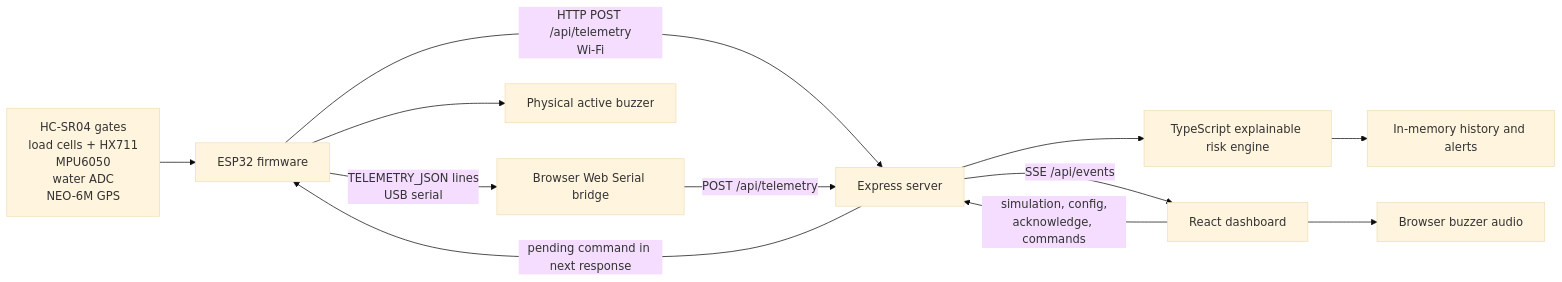
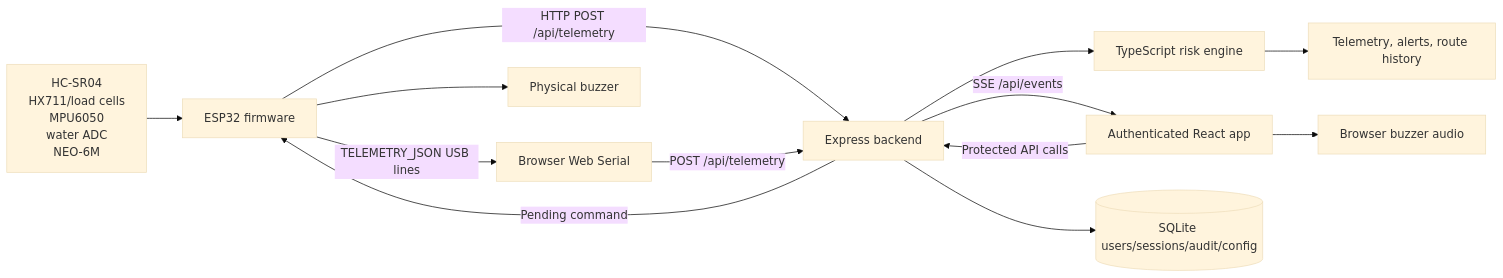
One commit to Jotimoy/AIoT-Smart-Launch-Risk-Assessment changed the second of 5 diagrams in README.md. Above: the diagram before and after it, drawn with Mermaid (base theme). The commit also changed other lines of this file, not shown here.

Commit message:
docs: update README for auth and theme flow

````diff
--- a/README.md
+++ b/README.md
@@ -67,14 +91,15 @@
 ```mermaid
 flowchart LR
-  S[HC-SR04 gates<br/>load cells + HX711<br/>MPU6050<br/>water ADC<br/>NEO-6M GPS] --> E[ESP32 firmware]
-  E -->|HTTP POST /api/telemetry<br/>Wi-Fi| B[Express server]
-  E -->|TELEMETRY_JSON lines<br/>USB serial| W[Browser Web Serial bridge]
+  S[HC-SR04<br/>HX711/load cells<br/>MPU6050<br/>water ADC<br/>NEO-6M] --> E[ESP32 firmware]
+  E -->|HTTP POST /api/telemetry| B[Express backend]
+  E -->|TELEMETRY_JSON USB lines| W[Browser Web Serial]
   W -->|POST /api/telemetry| B
-  B --> R[TypeScript explainable risk engine]
-  R --> H[In-memory history and alerts]
-  B -->|SSE /api/events| F[React dashboard]
-  F -->|simulation, config,<br/>acknowledge, commands| B
-  B -->|pending command in next response| E
+  B --> R[TypeScript risk engine]
+  R --> H[Telemetry, alerts, route history]
+  B -->|SSE /api/events| F[Authenticated React app]
+  F -->|Protected API calls| B
+  B --> DB[(SQLite users/sessions/audit/config)]
+  B -->|Pending command| E
+  E --> Z[Physical buzzer]
   F --> A[Browser buzzer audio]
-  E --> Z[Physical active buzzer]
 ```
````
